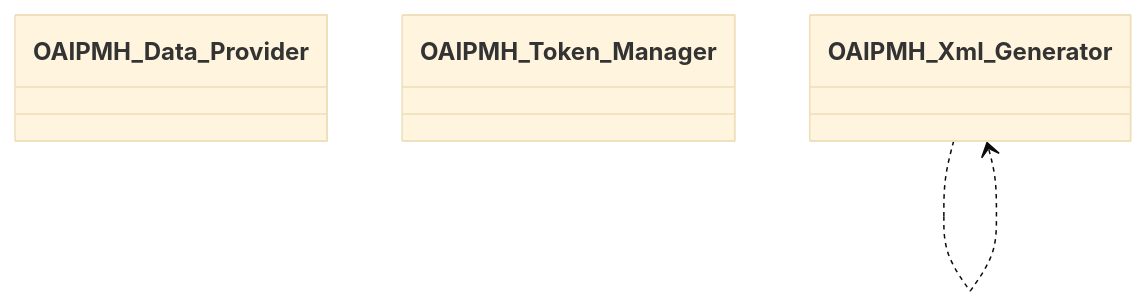
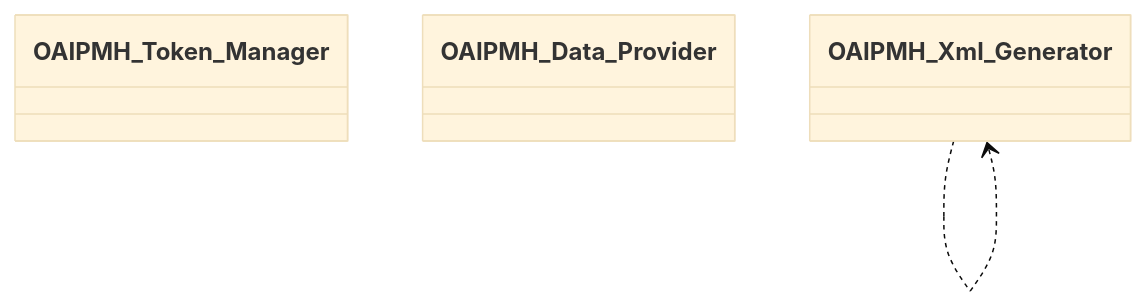
Diagram 11 of 13 in docs/phpdoc/Home.md (tainacan/tainacan), drawn with Mermaid (base theme) before and after one commit. The commit also changed other lines of this file and 98 other files, not shown here.

````diff
--- a/docs/phpdoc/Home.md
+++ b/docs/phpdoc/Home.md
@@ -676,8 +671,8 @@
 ```mermaid
 classDiagram
     direction TB
+    class OAIPMH_Token_Manager { }
     class OAIPMH_Data_Provider { }
-    class OAIPMH_Token_Manager { }
     class OAIPMH_Xml_Generator { }
     OAIPMH_Xml_Generator ..> OAIPMH_Xml_Generator
 ```
````
